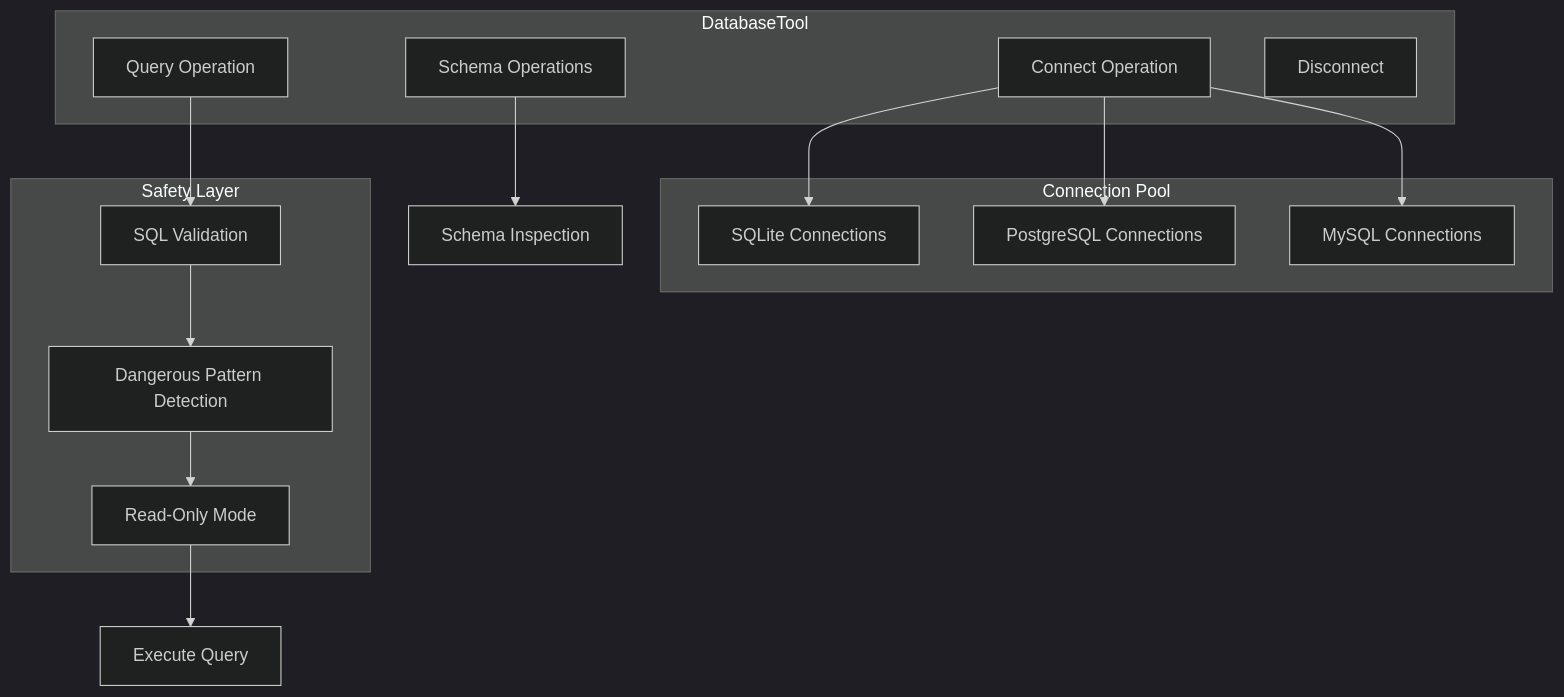
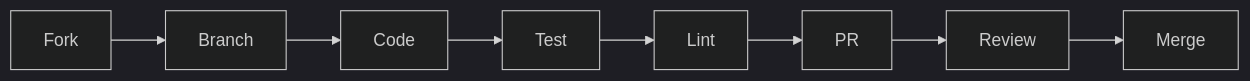
One commit to vjsingh1984/victor changed the sixth of 6 diagrams in docs/DEVELOPER_GUIDE.md. Above: the diagram before and after it, drawn with Mermaid (dark theme). The commit also changed other lines of this file and 1267 other files, not shown here.

````diff
--- a/docs/DEVELOPER_GUIDE.md
+++ b/docs/DEVELOPER_GUIDE.md
@@ -391,32 +316,10 @@
 ```mermaid
-graph TB
-    subgraph "DatabaseTool"
-        Connect[Connect Operation]
-        Query[Query Operation]
-        Schema[Schema Operations]
-        Disconnect[Disconnect]
-    end
-
-    subgraph "Connection Pool"
-        SQLite[SQLite Connections]
-        Postgres[PostgreSQL Connections]
-        MySQL[MySQL Connections]
-    end
-
-    subgraph "Safety Layer"
-        Validate[SQL Validation]
-        Dangerous[Dangerous Pattern Detection]
-        ReadOnly[Read-Only Mode]
-    end
-
-    Connect --> SQLite
-    Connect --> Postgres
-    Connect --> MySQL
-
-    Query --> Validate
-    Validate --> Dangerous
-    Dangerous --> ReadOnly
-    ReadOnly --> Execution[Execute Query]
-
-    Schema --> Inspection[Schema Inspection]
+graph LR
+    A[Fork] --> B[Branch]
+    B --> C[Code]
+    C --> D[Test]
+    D --> E[Lint]
+    E --> F[PR]
+    F --> G[Review]
+    G --> H[Merge]
 ```
````
